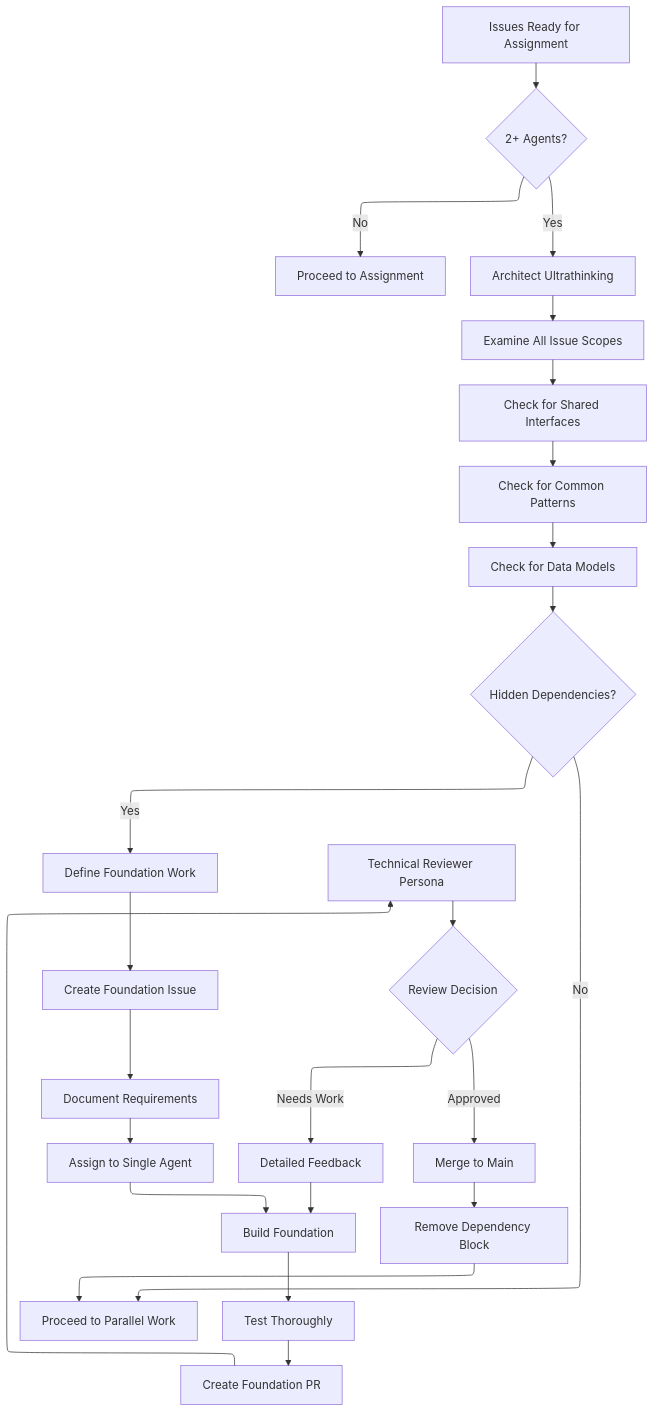
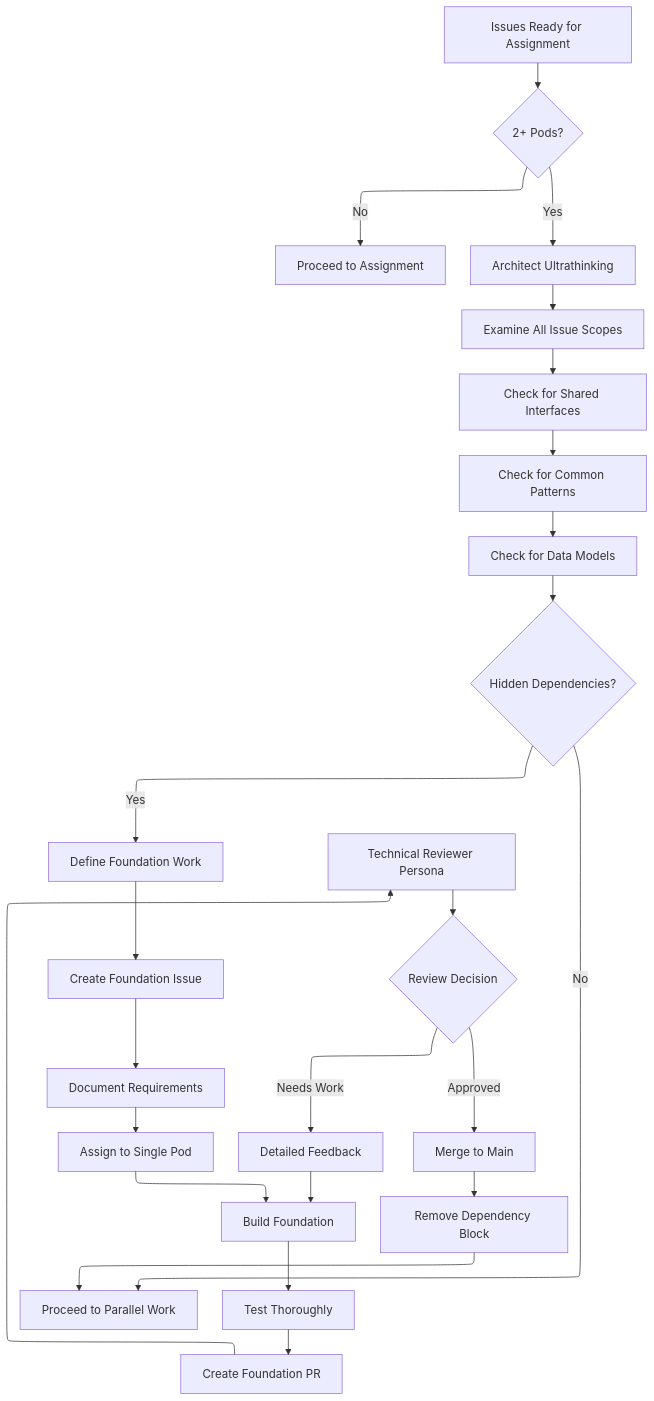
The sixth of 9 diagrams in mawep/framework/mawep-diagrams.md (AeyeOps/prompt-packs), drawn with Mermaid before and after one commit. The commit also changed other lines of this file and 9 other files, not shown here.

First line of the commit message:
refactor: Update MAWEP documentation from agent-centric to pod-centric terminology

````diff
--- a/mawep/framework/mawep-diagrams.md
+++ b/mawep/framework/mawep-diagrams.md
@@ -96,33 +96,33 @@
 ```mermaid
 %%{init: {"flowchart": {"defaultRenderer": "elk"}} }%%
 flowchart TD
-    ReadyIssues[Issues Ready for Assignment] --> CountAgents{2+ Agents?}
-    CountAgents -->|No| ProceedNormal[Proceed to Assignment]
-    CountAgents -->|Yes| DeepAnalysis[Architect Ultrathinking]
+    ReadyIssues[Issues Ready for Assignment] --> CountPods{2+ Pods?}
+    CountPods -->|No| ProceedNormal[Proceed to Assignment]
+    CountPods -->|Yes| DeepAnalysis[Architect Ultrathinking]
     
     DeepAnalysis --> ExamineScope[Examine All Issue Scopes]
     ExamineScope --> CheckInterfaces[Check for Shared Interfaces]
     CheckInterfaces --> CheckPatterns[Check for Common Patterns]
     CheckPatterns --> CheckData[Check for Data Models]
     
     CheckData --> FoundDeps{Hidden Dependencies?}
     FoundDeps -->|No| ProceedParallel[Proceed to Parallel Work]
     FoundDeps -->|Yes| DefineFoundation[Define Foundation Work]
     
     DefineFoundation --> CreateIssue[Create Foundation Issue]
     CreateIssue --> DocDetails[Document Requirements]
-    DocDetails --> AssignSingle[Assign to Single Agent]
+    DocDetails --> AssignSingle[Assign to Single Pod]
     
     AssignSingle --> BuildFoundation[Build Foundation]
     BuildFoundation --> TestFoundation[Test Thoroughly]
     TestFoundation --> CreatePR[Create Foundation PR]
     
     CreatePR --> TechReview[Technical Reviewer Persona]
     TechReview --> ReviewDecision{Review Decision}
     ReviewDecision -->|Needs Work| Feedback[Detailed Feedback]
     Feedback --> BuildFoundation
     ReviewDecision -->|Approved| MergeFoundation[Merge to Main]
     
     MergeFoundation --> UpdateDeps[Remove Dependency Block]
     UpdateDeps --> ProceedParallel
 ```
````
